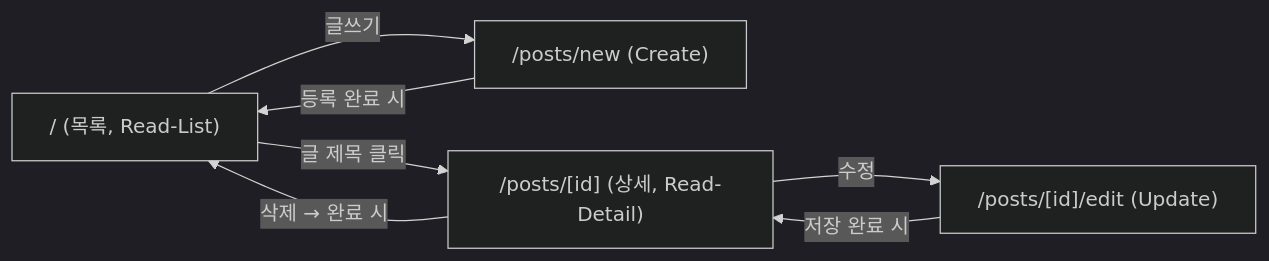
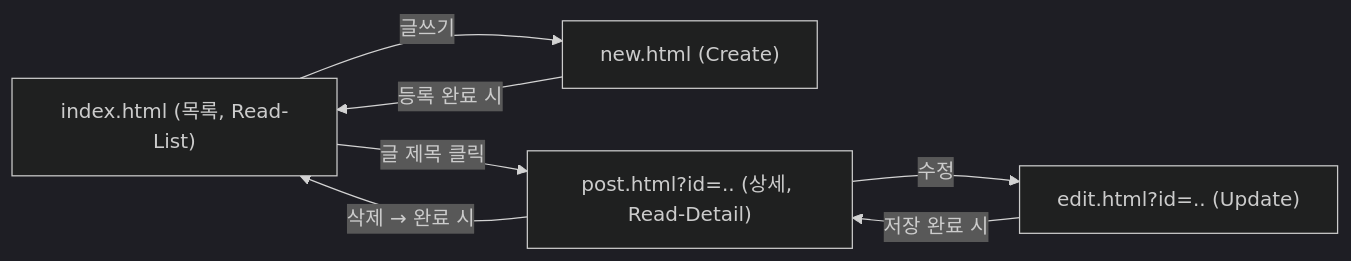
The fourth of 4 diagrams in docs/superpowers/specs/2026-07-28-crud-board-design.md (ghl0801/crud-board), drawn with Mermaid (dark theme) before and after one commit. The commit also changed other lines of this file and 19 other files, not shown here.

````diff
--- a/docs/superpowers/specs/2026-07-28-crud-board-design.md
+++ b/docs/superpowers/specs/2026-07-28-crud-board-design.md
@@ -89,9 +91,9 @@
 ```mermaid
 graph LR
-    Home["/ (목록, Read-List)"] -->|"글쓰기"| New["/posts/new (Create)"]
-    Home -->|"글 제목 클릭"| Detail["/posts/[id] (상세, Read-Detail)"]
-    Detail -->|"수정"| Edit["/posts/[id]/edit (Update)"]
+    Home["index.html (목록, Read-List)"] -->|"글쓰기"| New["new.html (Create)"]
+    Home -->|"글 제목 클릭"| Detail["post.html?id=.. (상세, Read-Detail)"]
+    Detail -->|"수정"| Edit["edit.html?id=.. (Update)"]
     Detail -->|"삭제 → 완료 시"| Home
     New -->|"등록 완료 시"| Home
     Edit -->|"저장 완료 시"| Detail
 ```
````
